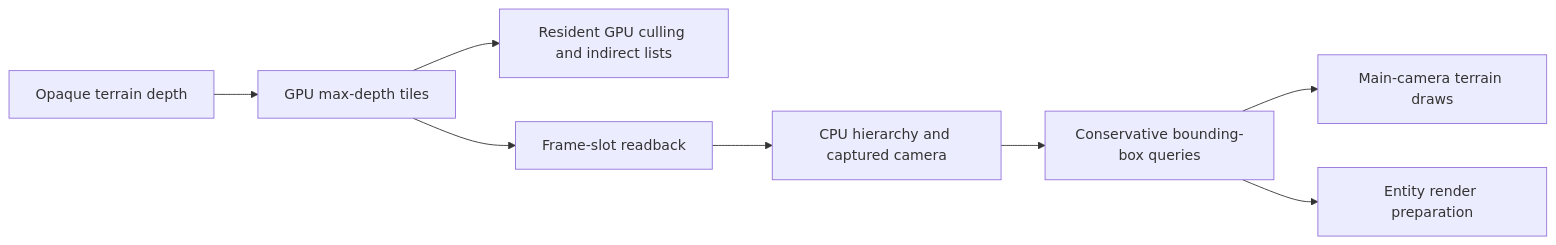
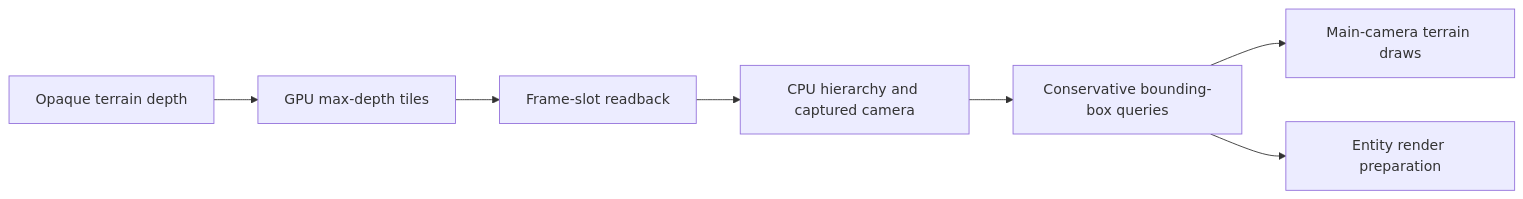
The second of 3 diagrams in docs/performance.md (KillerPixelCrew/VulkanStory), drawn with Mermaid before and after one commit. The commit also changed other lines of this file and 8 other files, not shown here.

````diff
--- a/docs/performance.md
+++ b/docs/performance.md
@@ -99,10 +85,9 @@
 ```mermaid
 flowchart LR
     Depth[Opaque terrain depth] --> Reduce[GPU max-depth tiles]
-    Reduce --> Resident[Resident GPU culling and indirect lists]
     Reduce --> Readback[Frame-slot readback]
     Readback --> Hierarchy[CPU hierarchy and captured camera]
     Hierarchy --> Boxes[Conservative bounding-box queries]
     Boxes --> Terrain[Main-camera terrain draws]
     Boxes --> Entities[Entity render preparation]
 ```
````
